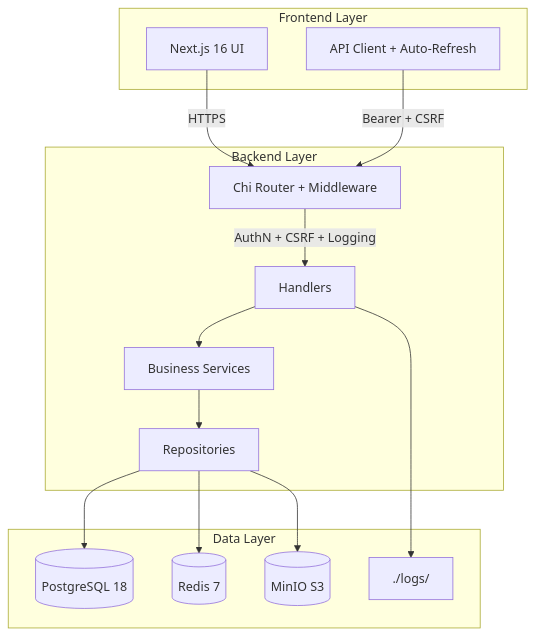
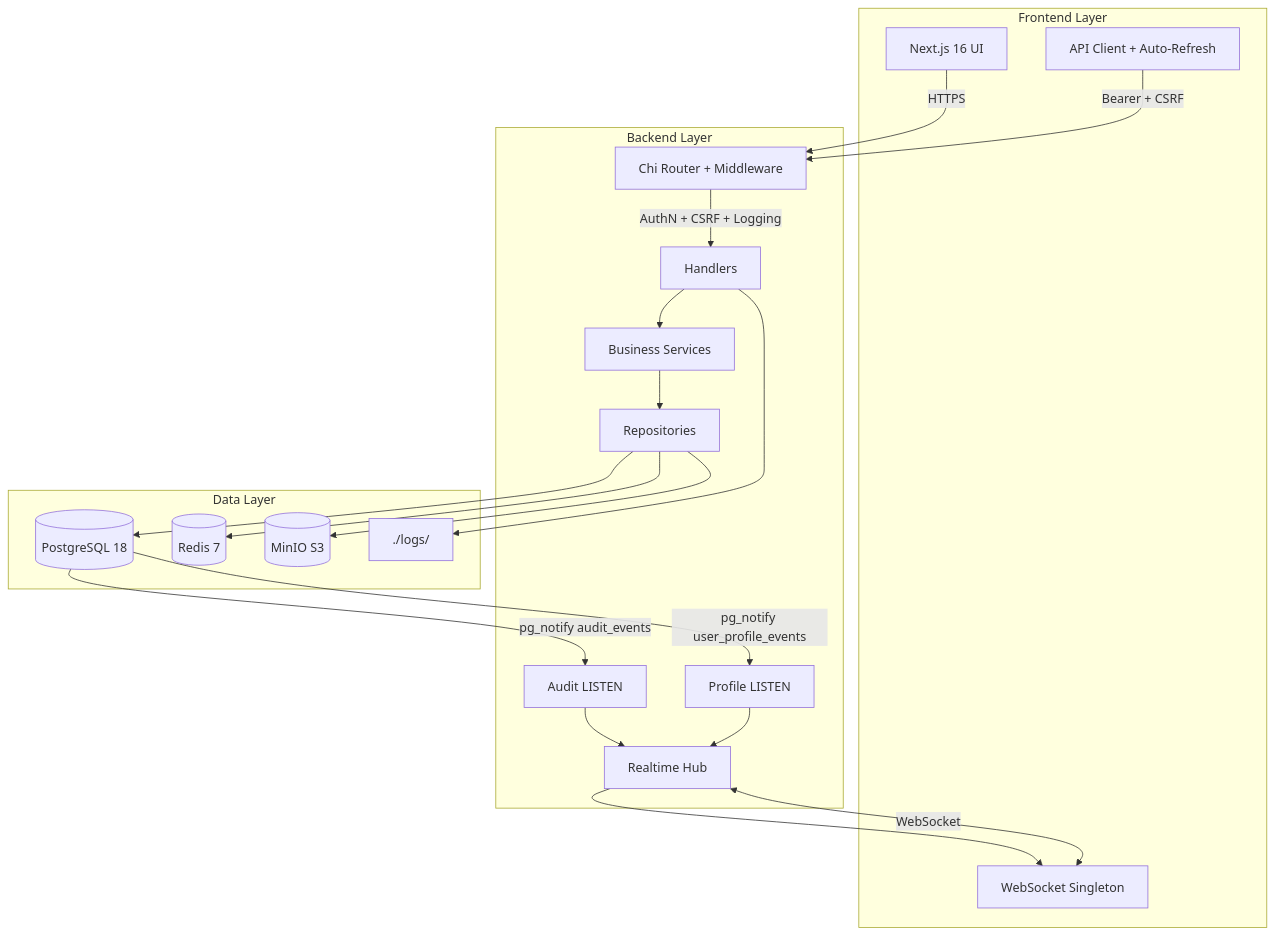
The first of 2 diagrams in README.md (neuralforgeio/StockKit), drawn with Mermaid before and after one commit. The commit also changed other lines of this file, not shown here.

````diff
--- a/README.md
+++ b/README.md
@@ -74,31 +85,41 @@
 ```mermaid
 flowchart TB
     subgraph Client[Frontend Layer]
         UI[Next.js 16 UI]
         API_Client[API Client + Auto-Refresh]
+        WS[WebSocket Singleton]
     end
 
     subgraph Server[Backend Layer]
         Chi[Chi Router + Middleware]
         Handlers[Handlers]
         Services[Business Services]
         Repositories[Repositories]
+        RT[Realtime Hub]
+        AuditListener[Audit LISTEN]
+        ProfileListener[Profile LISTEN]
     end
 
     subgraph Data[Data Layer]
         PG[(PostgreSQL 18)]
         Redis[(Redis 7)]
         MinIO[(MinIO S3)]
         Logs[./logs/]
     end
 
     UI -->|HTTPS| Chi
     API_Client -->|Bearer + CSRF| Chi
+    WS <-->|WebSocket| RT
     Chi -->|AuthN + CSRF + Logging| Handlers
     Handlers --> Services
     Services --> Repositories
     Repositories --> PG
     Repositories --> Redis
     Repositories --> MinIO
     Handlers --> Logs
+    PG -->|pg_notify audit_events| AuditListener
+    PG -->|pg_notify user_profile_events| ProfileListener
+    AuditListener --> RT
+    ProfileListener --> RT
+    RT --> WS
 ```
````
